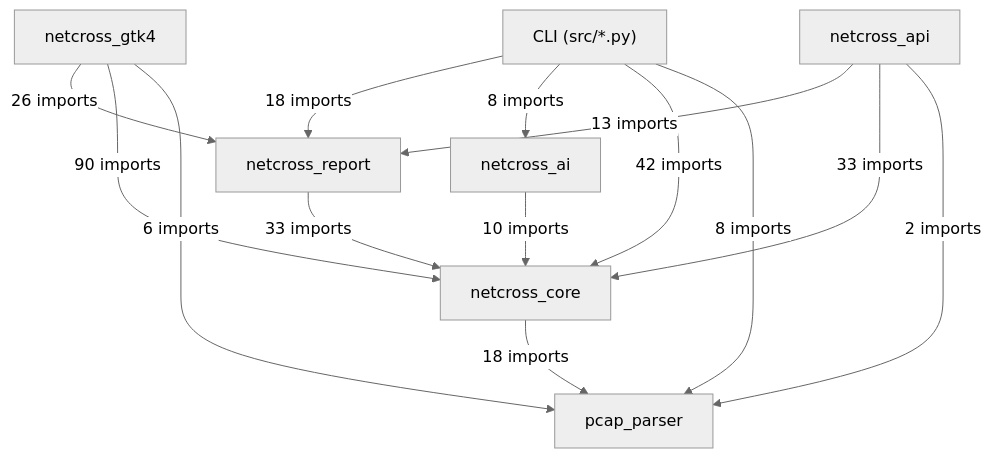
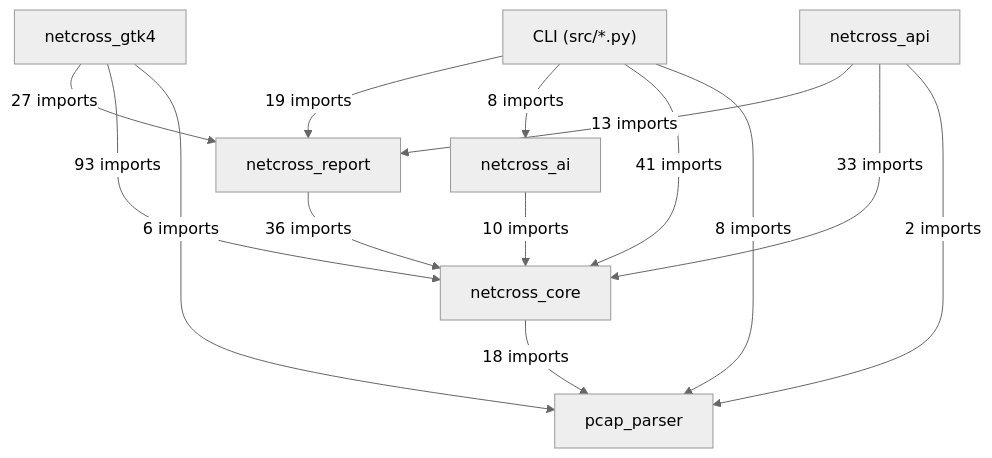
One commit to Mathide-Team/Netcross changed the first of 19 diagrams in docs/class-diagram.md. Above: the diagram before and after it, drawn with Mermaid (neutral theme). The commit also changed other lines of this file and 8 other files, not shown here.

````diff
--- a/docs/class-diagram.md
+++ b/docs/class-diagram.md
@@ -26,23 +26,23 @@
 ```mermaid
 flowchart TD
     CLI["CLI (src/*.py)"]
     netcross_gtk4["netcross_gtk4"]
     netcross_api["netcross_api"]
     netcross_report["netcross_report"]
     netcross_ai["netcross_ai"]
     netcross_core["netcross_core"]
     pcap_parser["pcap_parser"]
-    CLI -->|"18 imports"| netcross_report
+    CLI -->|"19 imports"| netcross_report
     CLI -->|"8 imports"| netcross_ai
-    CLI -->|"42 imports"| netcross_core
+    CLI -->|"41 imports"| netcross_core
     CLI -->|"8 imports"| pcap_parser
-    netcross_gtk4 -->|"26 imports"| netcross_report
-    netcross_gtk4 -->|"90 imports"| netcross_core
+    netcross_gtk4 -->|"27 imports"| netcross_report
+    netcross_gtk4 -->|"93 imports"| netcross_core
     netcross_gtk4 -->|"6 imports"| pcap_parser
     netcross_api -->|"13 imports"| netcross_report
     netcross_api -->|"33 imports"| netcross_core
     netcross_api -->|"2 imports"| pcap_parser
-    netcross_report -->|"33 imports"| netcross_core
+    netcross_report -->|"36 imports"| netcross_core
     netcross_ai -->|"10 imports"| netcross_core
     netcross_core -->|"18 imports"| pcap_parser
 ```
````
